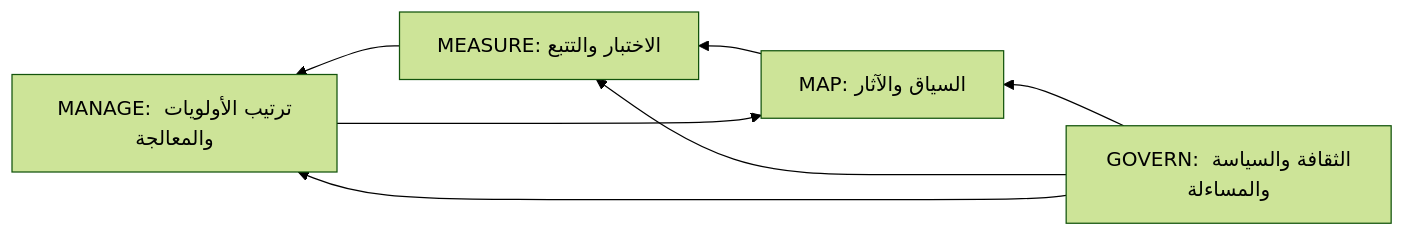
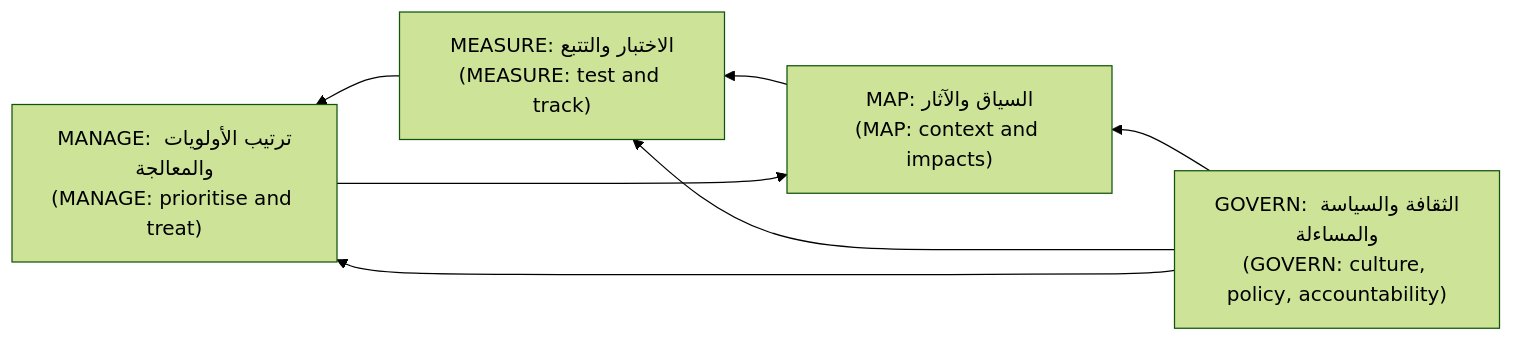
The first of 2 diagrams in aigp/modules/07-frameworks.ar.md (Tamoura/system-design-for-vibe-coders), drawn with Mermaid (forest theme) before and after one commit. The commit also changed other lines of this file and 62 other files, not shown here.

First line of the commit message:
Arabic editions: English on every diagram label, RTL fixes, rebuild

````diff
--- a/aigp/modules/07-frameworks.ar.md
+++ b/aigp/modules/07-frameworks.ar.md
@@ -116,9 +116,9 @@
 ```mermaid
 flowchart RL
-  G[GOVERN: الثقافة والسياسة والمساءلة] --> M1[MAP: السياق والآثار]
-  M1 --> M2[MEASURE: الاختبار والتتبع]
-  M2 --> M3[MANAGE: ترتيب الأولويات والمعالجة]
+  G["GOVERN: الثقافة والسياسة والمساءلة<br/>(GOVERN: culture, policy, accountability)"] --> M1["MAP: السياق والآثار<br/>(MAP: context and impacts)"]
+  M1 --> M2["MEASURE: الاختبار والتتبع<br/>(MEASURE: test and track)"]
+  M2 --> M3["MANAGE: ترتيب الأولويات والمعالجة<br/>(MANAGE: prioritise and treat)"]
   M3 --> M1
   G --> M2
   G --> M3
 ```
````
